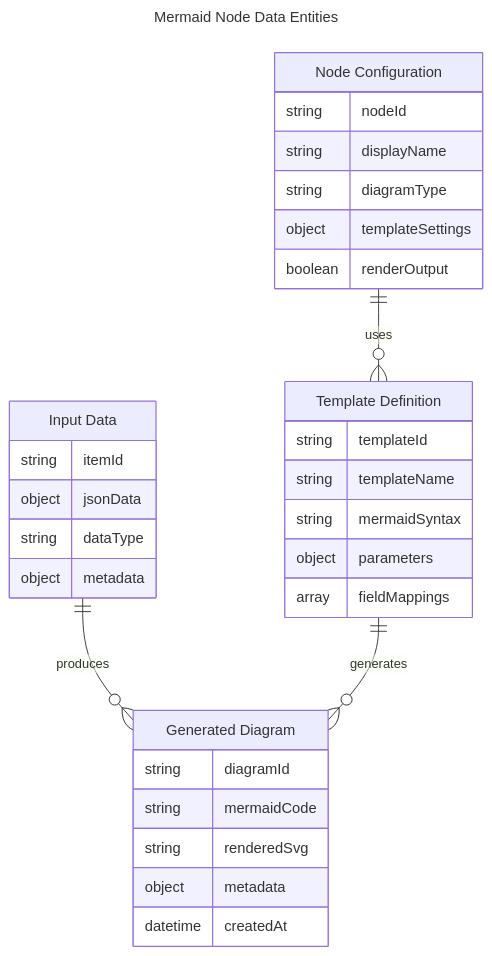
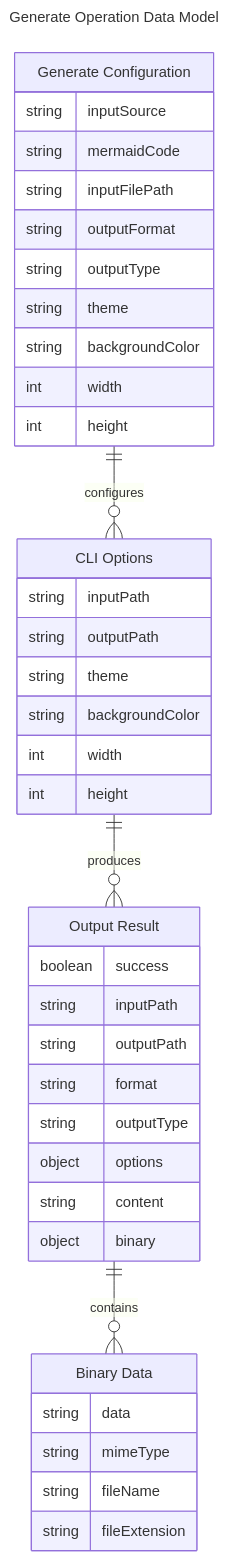
The third of 18 diagrams in docs/designs/use_cases.md (RustedVikingOG/n8n-nodes-mermaid), drawn with Mermaid before and after one commit. The commit also changed other lines of this file and 5 other files, not shown here.

Commit message:
docs: complete architecture and use cases documentation sync per documenter-prompt requirements

````diff
--- a/docs/designs/use_cases.md
+++ b/docs/designs/use_cases.md
@@ -67,40 +74,48 @@
 ```mermaid
 ---
-title: Mermaid Node Data Entities
+title: Generate Operation Data Model
 ---
 erDiagram
-    "Node Configuration" {
-        string nodeId
-        string displayName
-        string diagramType
-        object templateSettings
-        boolean renderOutput
+    "Generate Configuration" {
+        string inputSource
+        string mermaidCode
+        string inputFilePath
+        string outputFormat
+        string outputType
+        string theme
+        string backgroundColor
+        int width
+        int height
     }
     
-    "Input Data" {
-        string itemId
-        object jsonData
-        string dataType
-        object metadata
+    "CLI Options" {
+        string inputPath
+        string outputPath
+        string theme
+        string backgroundColor
+        int width
+        int height
     }
     
-    "Template Definition" {
-        string templateId
-        string templateName
-        string mermaidSyntax
-        object parameters
-        array fieldMappings
+    "Output Result" {
+        boolean success
+        string inputPath
+        string outputPath
+        string format
+        string outputType
+        object options
+        string content
+        object binary
     }
     
-    "Generated Diagram" {
-        string diagramId
-        string mermaidCode
-        string renderedSvg
-        object metadata
-        datetime createdAt
+    "Binary Data" {
+        string data
+        string mimeType
+        string fileName
+        string fileExtension
     }
     
-    "Node Configuration" ||--o{ "Template Definition" : uses
-    "Input Data" ||--o{ "Generated Diagram" : produces
-    "Template Definition" ||--o{ "Generated Diagram" : generates
+    "Generate Configuration" ||--o{ "CLI Options" : configures
+    "CLI Options" ||--o{ "Output Result" : produces
+    "Output Result" ||--o{ "Binary Data" : contains
 ```
````
